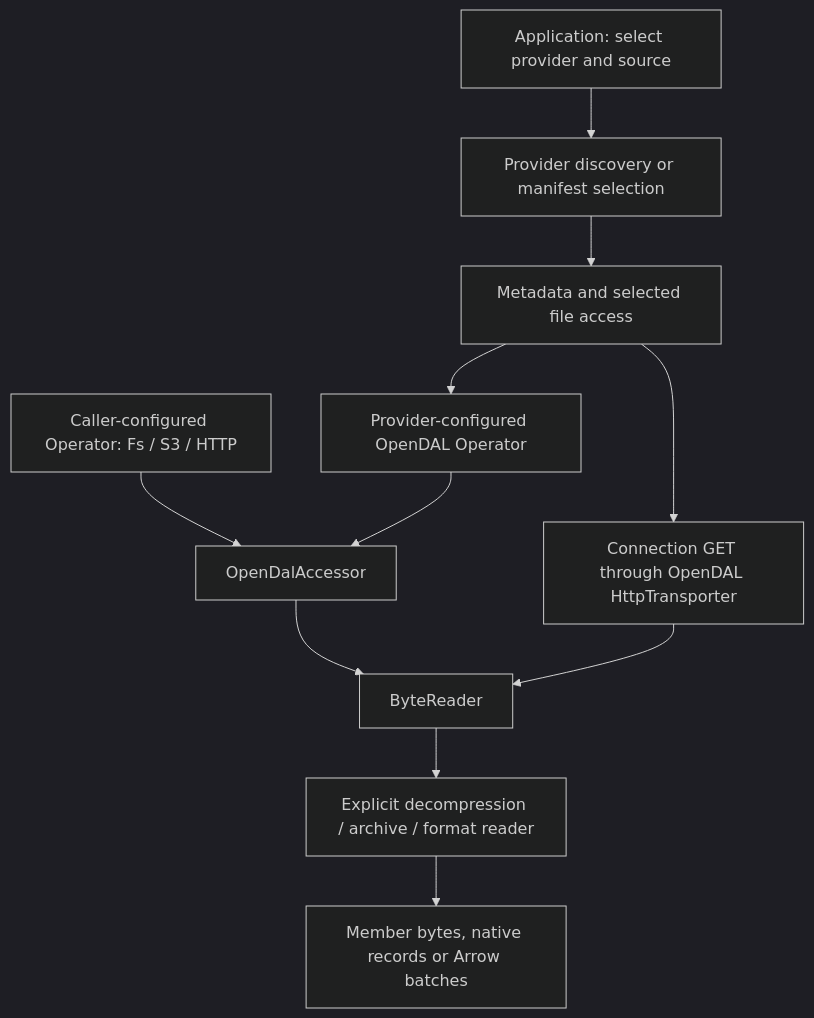
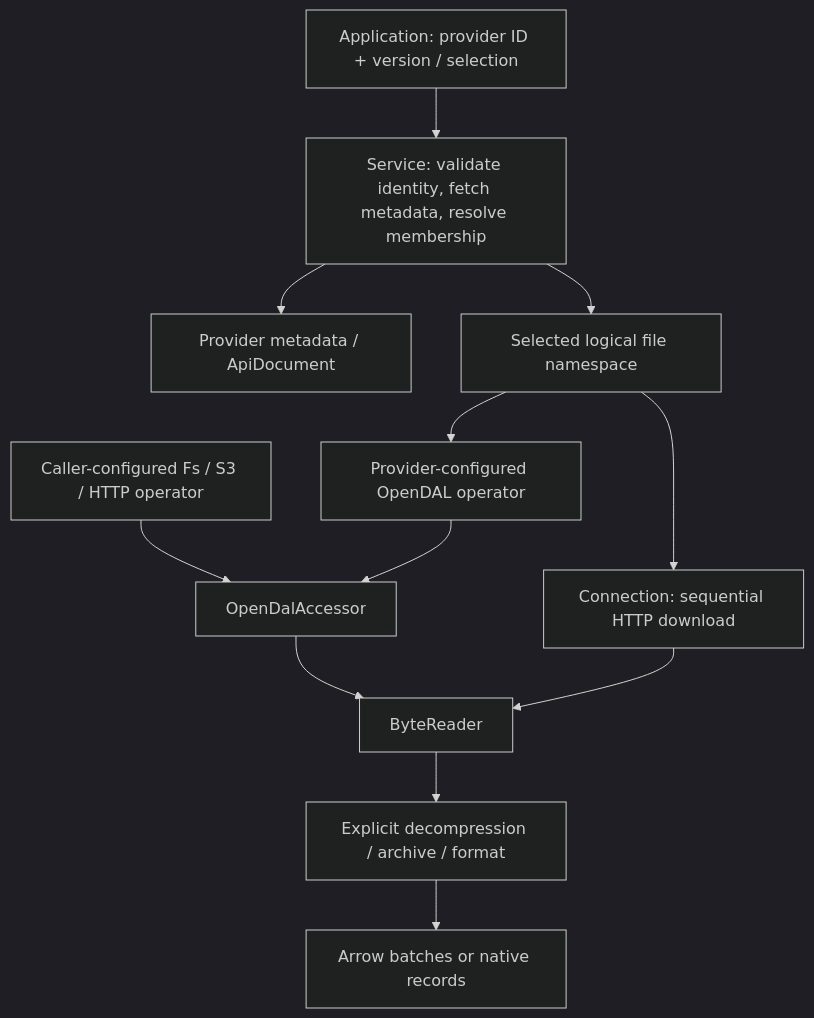
The first of 2 diagrams in service/README.md (dentiny/open-arrow-access), drawn with Mermaid (dark theme) before and after one commit. The commit also changed other lines of this file and 27 other files, not shown here.

````diff
--- a/service/README.md
+++ b/service/README.md
@@ -84,13 +87,14 @@
 ```mermaid
 flowchart TD
-    App[Application: select provider and source] --> Provider[Provider discovery or manifest selection]
-    Provider --> Selection[Metadata and selected file access]
-    Selection --> Managed[Provider-configured OpenDAL Operator]
-    Selection --> HTTP[Connection GET through OpenDAL HttpTransporter]
-    Caller[Caller-configured Operator: Fs / S3 / HTTP] --> Adapter[OpenDalAccessor]
-    Managed --> Adapter
-    Adapter --> Bytes[ByteReader]
+    App["Application: provider ID + version / selection"] --> Service["Service: validate identity, fetch metadata, resolve membership"]
+    Service --> Metadata["Provider metadata / ApiDocument"]
+    Service --> Files["Selected logical file namespace"]
+    Files --> Managed["Provider-configured OpenDAL operator"]
+    Files --> HTTP["Connection: sequential HTTP download"]
+    Caller["Caller-configured Fs / S3 / HTTP operator"] --> Storage["OpenDalAccessor"]
+    Managed --> Storage
+    Storage --> Bytes["ByteReader"]
     HTTP --> Bytes
-    Bytes --> Decode[Explicit decompression / archive / format reader]
-    Decode --> Output[Member bytes, native records or Arrow batches]
+    Bytes --> Decode["Explicit decompression / archive / format"]
+    Decode --> Arrow["Arrow batches or native records"]
 ```
````
